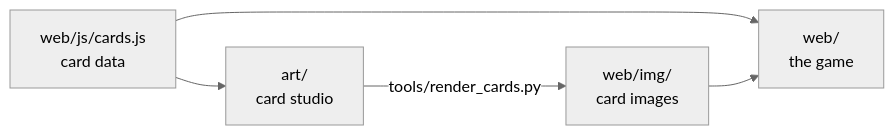
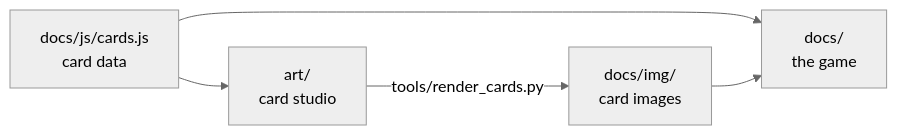
Before and after one commit to SergioMartinezCid/All-Is-Bomb: the diagram in README.md, drawn with Mermaid (neutral theme). The commit also changed other lines of this file and 108 other files, not shown here.

````diff
--- a/README.md
+++ b/README.md
@@ -39,7 +39,7 @@
 ```mermaid
 flowchart LR
-  cards["web/js/cards.js<br>card data"] --> game["web/<br>the game"]
+  cards["docs/js/cards.js<br>card data"] --> game["docs/<br>the game"]
   cards --> studio["art/<br>card studio"]
-  studio -- "tools/render_cards.py" --> img["web/img/<br>card images"]
+  studio -- "tools/render_cards.py" --> img["docs/img/<br>card images"]
   img --> game
 ```
````
